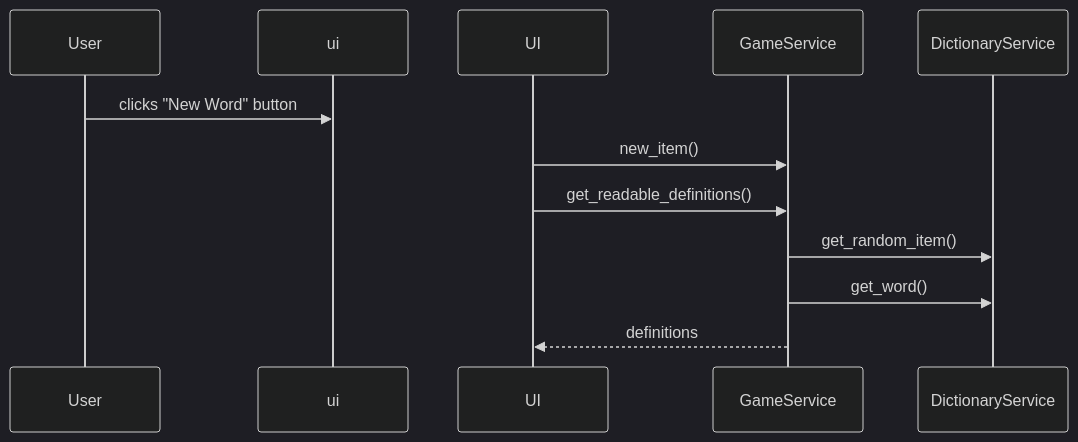
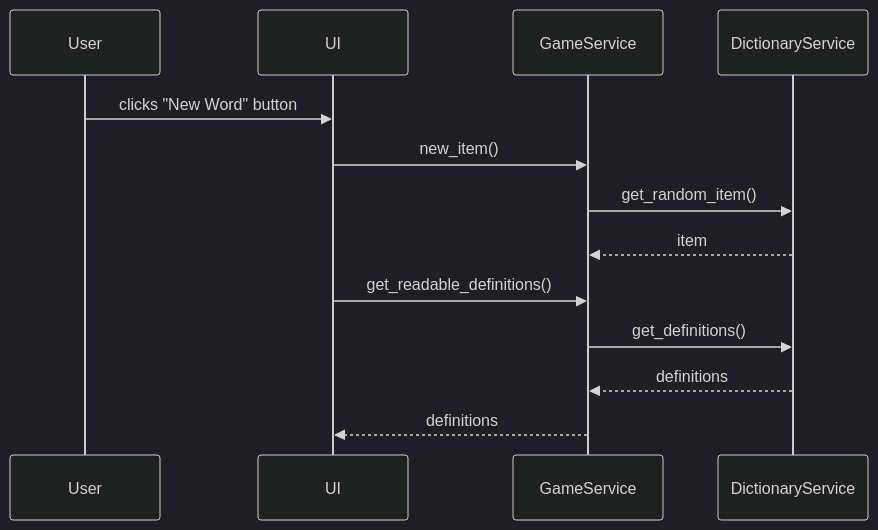
Before and after one commit to juhanikat/ot-harjoitustyo: the second of 2 diagrams in dokumentaatio/arkkitehtuuri.md, drawn with Mermaid (dark theme). The commit also changed other lines of this file and 4 other files, not shown here.

````diff
--- a/dokumentaatio/arkkitehtuuri.md
+++ b/dokumentaatio/arkkitehtuuri.md
@@ -25,9 +25,12 @@
 ```mermaid
     sequenceDiagram
-        User ->> ui: clicks "New Word" button
+        User ->> UI: clicks "New Word" button
         UI ->> GameService: new_item()
+        GameService ->> DictionaryService: get_random_item()
+        DictionaryService -->> GameService: item
         UI ->> GameService: get_readable_definitions()
-        GameService ->> DictionaryService: get_random_item()
-        GameService ->> DictionaryService: get_word()
+        GameService ->> DictionaryService: get_definitions()
+        DictionaryService -->> GameService: definitions
         GameService -->> UI: definitions
+        
 ```
````
